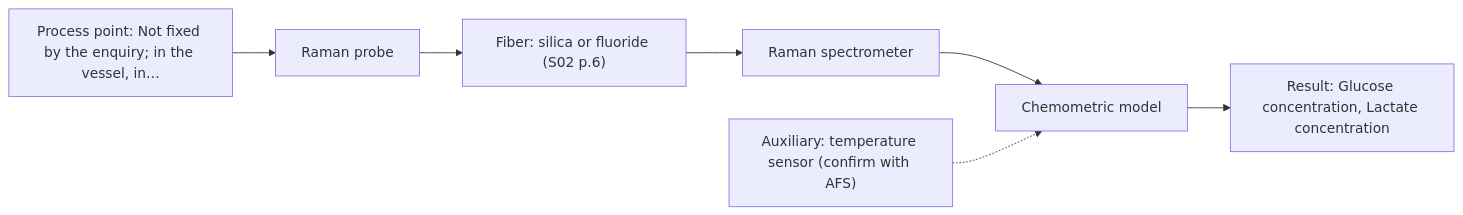
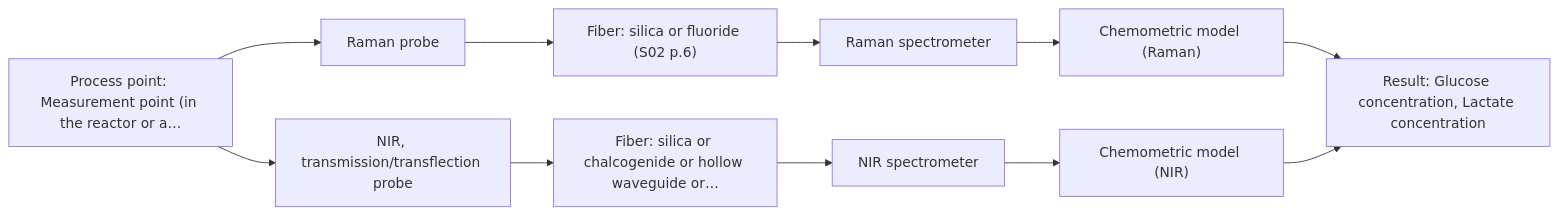
One commit to sleipnir029/Afs-Spectroscopy-Assistant changed the first of 2 diagrams in outputs/dev/D04.md. Above: the diagram before and after it, drawn with Mermaid. The commit also changed other lines of this file and 9 other files, not shown here.

````diff
--- a/outputs/dev/D04.md
+++ b/outputs/dev/D04.md
@@ -38,16 +38,23 @@
 ```mermaid
 flowchart LR
-    proc["Process point: Not fixed by the enquiry; in the vessel, in…"]
+    proc["Process point: Measurement point (in the reactor or a…"]
     probe1["Raman probe"]
     fiber1["Fiber: silica or fluoride (S02 p.6)"]
     spec1["Raman spectrometer"]
-    model["Chemometric model"]
+    model1["Chemometric model (Raman)"]
+    probe2["NIR, transmission/transflection probe"]
+    fiber2["Fiber: silica or chalcogenide or hollow waveguide or…"]
+    spec2["NIR spectrometer"]
+    model2["Chemometric model (NIR)"]
     result["Result: Glucose concentration, Lactate concentration"]
-    aux1["Auxiliary: temperature sensor (confirm with AFS)"]
     proc --> probe1
     probe1 --> fiber1
     fiber1 --> spec1
-    spec1 --> model
-    model --> result
-    aux1 -.-> model
+    spec1 --> model1
+    proc --> probe2
+    probe2 --> fiber2
+    fiber2 --> spec2
+    spec2 --> model2
+    model1 --> result
+    model2 --> result
 ```
````
